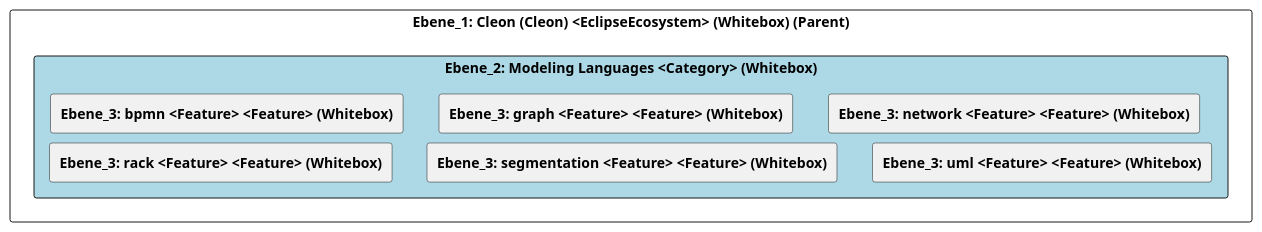
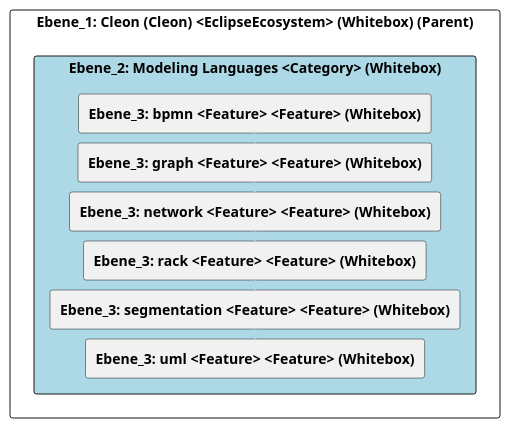
The diagram in doc/cleonproject_deliverables_architecture_model_architecture/adoc/de/05_bausteinsicht/cleon/modeling_languages/ebene_2_modeling_languages.adoc (marcozwyssig/cleon), drawn with PlantUML before and after one commit. The commit also changed other lines of this file and 214 other files, not shown here.

```diff
--- a/doc/cleonproject_deliverables_architecture_model_architecture/adoc/de/05_bausteinsicht/cleon/modeling_languages/ebene_2_modeling_languages.adoc
+++ b/doc/cleonproject_deliverables_architecture_model_architecture/adoc/de/05_bausteinsicht/cleon/modeling_languages/ebene_2_modeling_languages.adoc
@@ -21,29 +21,36 @@
 [plantuml, Ebene_2: Modeling Languages <Category> (Whitebox)BlockOverview, format="svg"]
 ----
 @startuml Ebene_2: Modeling Languages <Category> (Whitebox)BuildingBlockOverview
 
 skinparam ranksep 10
 skinparam componentStyle rectangle
 skinparam shadowing false
 skinparam arrowColor lightblue
 skinparam arrowThickness 1.2
 skinparam rectangle {
   BackgroundColor White
   BorderColor #333
   RoundCorner 10
 }
 top to bottom direction
 
 component "Ebene_1: Cleon (Cleon) <EclipseEcosystem> (Whitebox) (Parent)" {
     component "Ebene_2: Modeling Languages <Category> (Whitebox)" #lightblue {
         [**Ebene_3: bpmn <Feature> <Feature> (Whitebox)**] as 49057F38_D579_11EE_903E_9F564E4DE07E
         [**Ebene_3: graph <Feature> <Feature> (Whitebox)**] as 4905A651_D579_11EE_903E_9F564E4DE07E
         [**Ebene_3: network <Feature> <Feature> (Whitebox)**] as 49055821_D579_11EE_903E_9F564E4DE07E
         [**Ebene_3: rack <Feature> <Feature> (Whitebox)**] as 4905A653_D579_11EE_903E_9F564E4DE07E
         [**Ebene_3: segmentation <Feature> <Feature> (Whitebox)**] as 49057F37_D579_11EE_903E_9F564E4DE07E
         [**Ebene_3: uml <Feature> <Feature> (Whitebox)**] as 49057F3A_D579_11EE_903E_9F564E4DE07E
     }
+
+    49057F38_D579_11EE_903E_9F564E4DE07E -down-> 4905A651_D579_11EE_903E_9F564E4DE07E
+    4905A651_D579_11EE_903E_9F564E4DE07E -down-> 49055821_D579_11EE_903E_9F564E4DE07E
+    49055821_D579_11EE_903E_9F564E4DE07E -down-> 4905A653_D579_11EE_903E_9F564E4DE07E
+    4905A653_D579_11EE_903E_9F564E4DE07E -down-> 49057F37_D579_11EE_903E_9F564E4DE07E
+    49057F37_D579_11EE_903E_9F564E4DE07E -down-> 49057F3A_D579_11EE_903E_9F564E4DE07E
+    
 }
 
 @enduml
 ----
```
